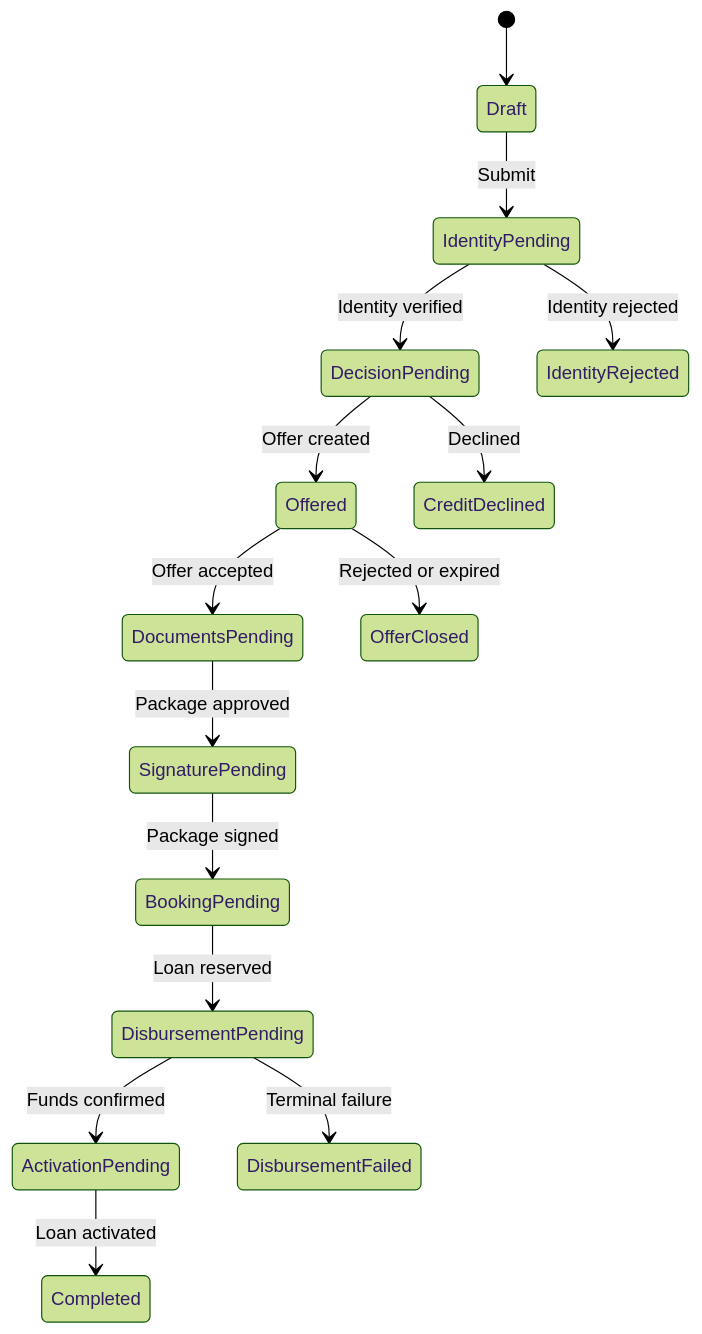
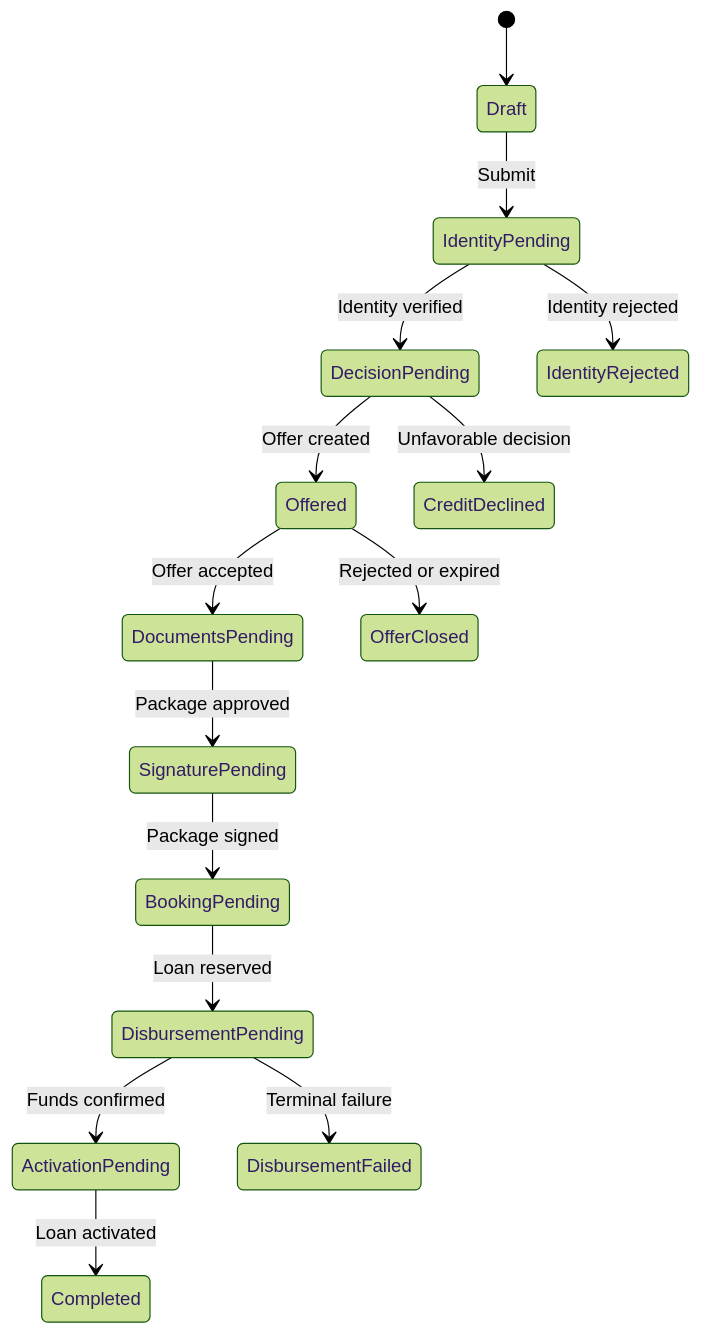
One commit to SamuelSerrano/loan-platform-architecture changed the third of 3 diagrams in docs/domain/BOUNDED_CONTEXTS_AND_EVENT_STORMING.md. Above: the diagram before and after it, drawn with Mermaid (forest theme). The commit also changed other lines of this file and 2 other files, not shown here.

````diff
--- a/docs/domain/BOUNDED_CONTEXTS_AND_EVENT_STORMING.md
+++ b/docs/domain/BOUNDED_CONTEXTS_AND_EVENT_STORMING.md
@@ -257,17 +138,17 @@
 ```mermaid
 stateDiagram-v2
     [*] --> Draft
     Draft --> IdentityPending: Submit
     IdentityPending --> DecisionPending: Identity verified
     IdentityPending --> IdentityRejected: Identity rejected
     DecisionPending --> Offered: Offer created
-    DecisionPending --> CreditDeclined: Declined
+    DecisionPending --> CreditDeclined: Unfavorable decision
     Offered --> DocumentsPending: Offer accepted
     Offered --> OfferClosed: Rejected or expired
     DocumentsPending --> SignaturePending: Package approved
     SignaturePending --> BookingPending: Package signed
     BookingPending --> DisbursementPending: Loan reserved
     DisbursementPending --> ActivationPending: Funds confirmed
     DisbursementPending --> DisbursementFailed: Terminal failure
     ActivationPending --> Completed: Loan activated
 ```
````
